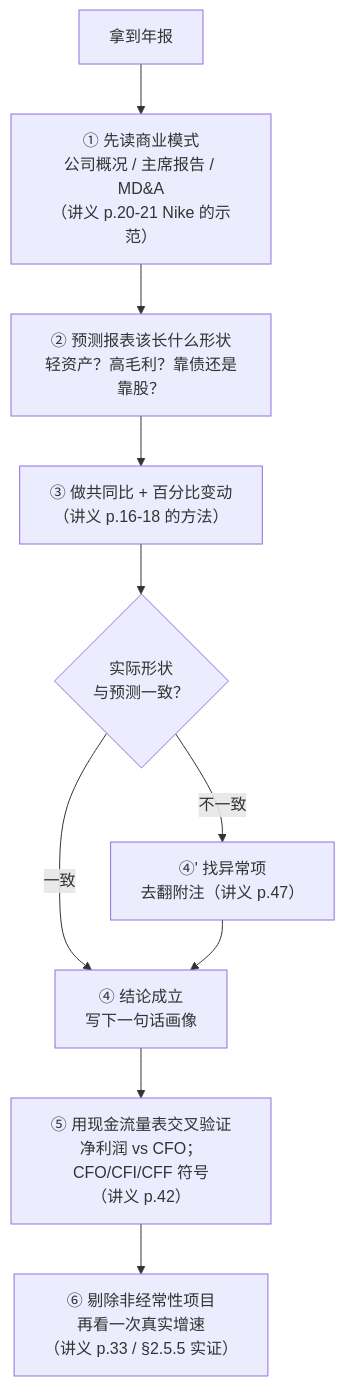
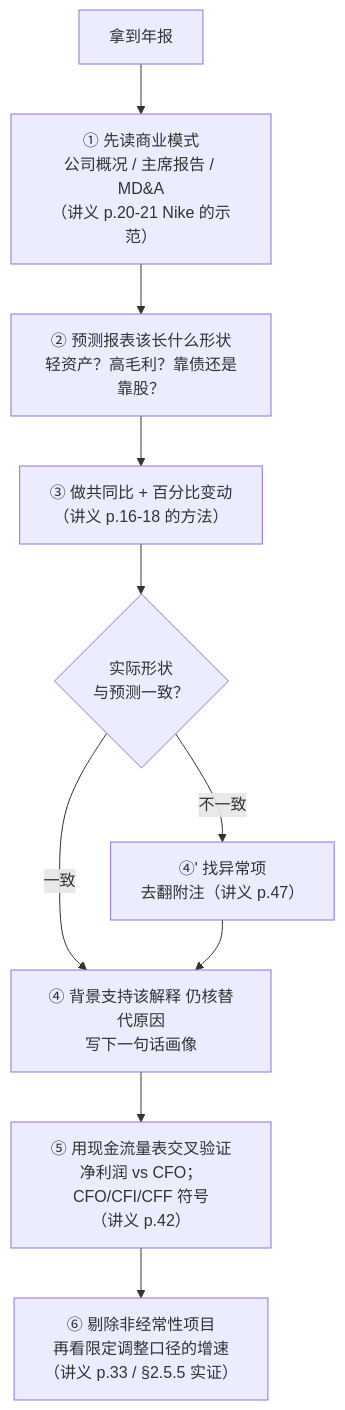
Diagram 12 of 12 in AC6761_Artificial_Intelligence_Accounting/notes/M03-年报分析.md (CercaTrovato/cityu-ai-course-notes), drawn with Mermaid before and after one commit. The commit also changed other lines of this file and 116 other files, not shown here.

````diff
--- a/AC6761_Artificial_Intelligence_Accounting/notes/M03-年报分析.md
+++ b/AC6761_Artificial_Intelligence_Accounting/notes/M03-年报分析.md
@@ -2338,12 +2707,12 @@
 ```mermaid
 flowchart TD
     S0["拿到年报"] --> S1["① 先读商业模式<br/>公司概况 / 主席报告 / MD&A<br/>（讲义 p.20-21 Nike 的示范）"]
     S1 --> S2["② 预测报表该长什么形状<br/>轻资产？高毛利？靠债还是靠股？"]
     S2 --> S3["③ 做共同比 + 百分比变动<br/>（讲义 p.16-18 的方法）"]
     S3 --> S4{"实际形状<br/>与预测一致？"}
-    S4 -->|一致| S5["④ 结论成立<br/>写下一句话画像"]
+    S4 -->|一致| S5["④ 背景支持该解释 仍核替代原因<br/>写下一句话画像"]
     S4 -->|不一致| S6["④' 找异常项<br/>去翻附注（讲义 p.47）"]
     S6 --> S5
     S5 --> S7["⑤ 用现金流量表交叉验证<br/>净利润 vs CFO；CFO/CFI/CFF 符号<br/>（讲义 p.42）"]
-    S7 --> S8["⑥ 剔除非经常性项目<br/>再看一次真实增速<br/>（讲义 p.33 / §2.5.5 实证）"]
+    S7 --> S8["⑥ 剔除非经常性项目<br/>再看限定调整口径的增速<br/>（讲义 p.33 / §2.5.5 实证）"]
 ```
````
